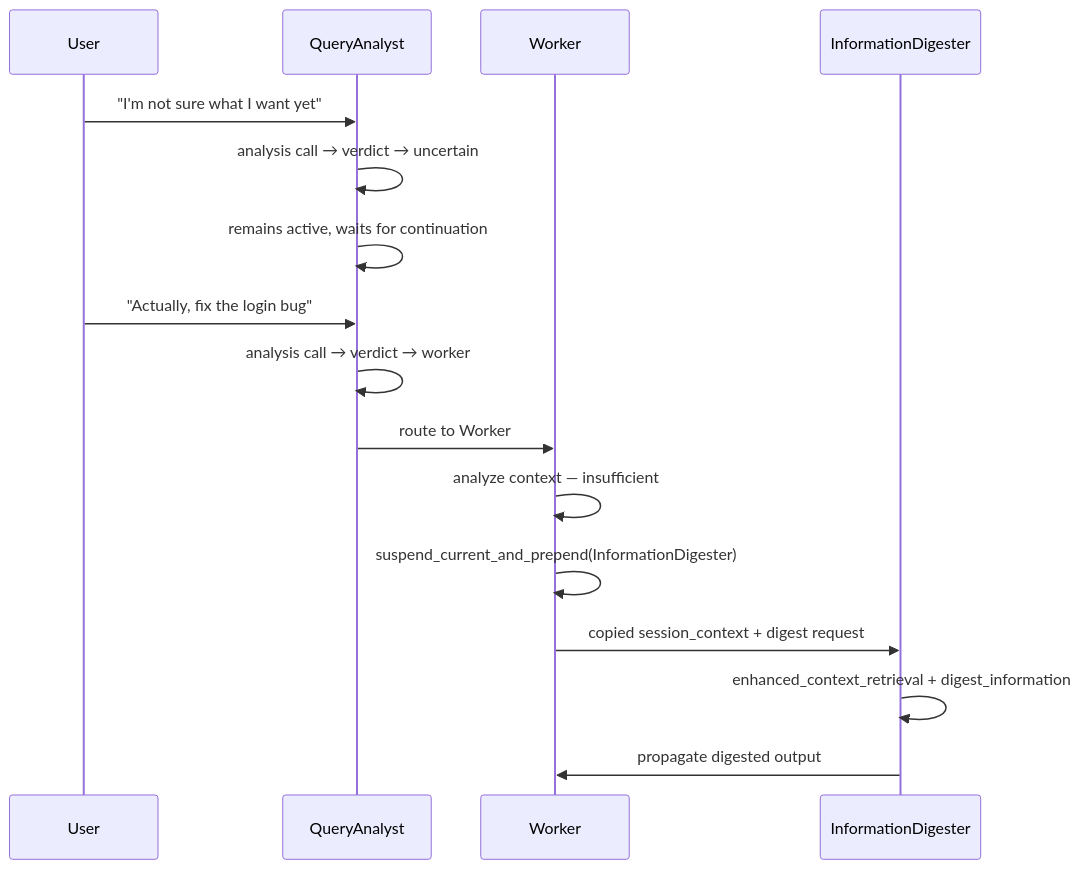
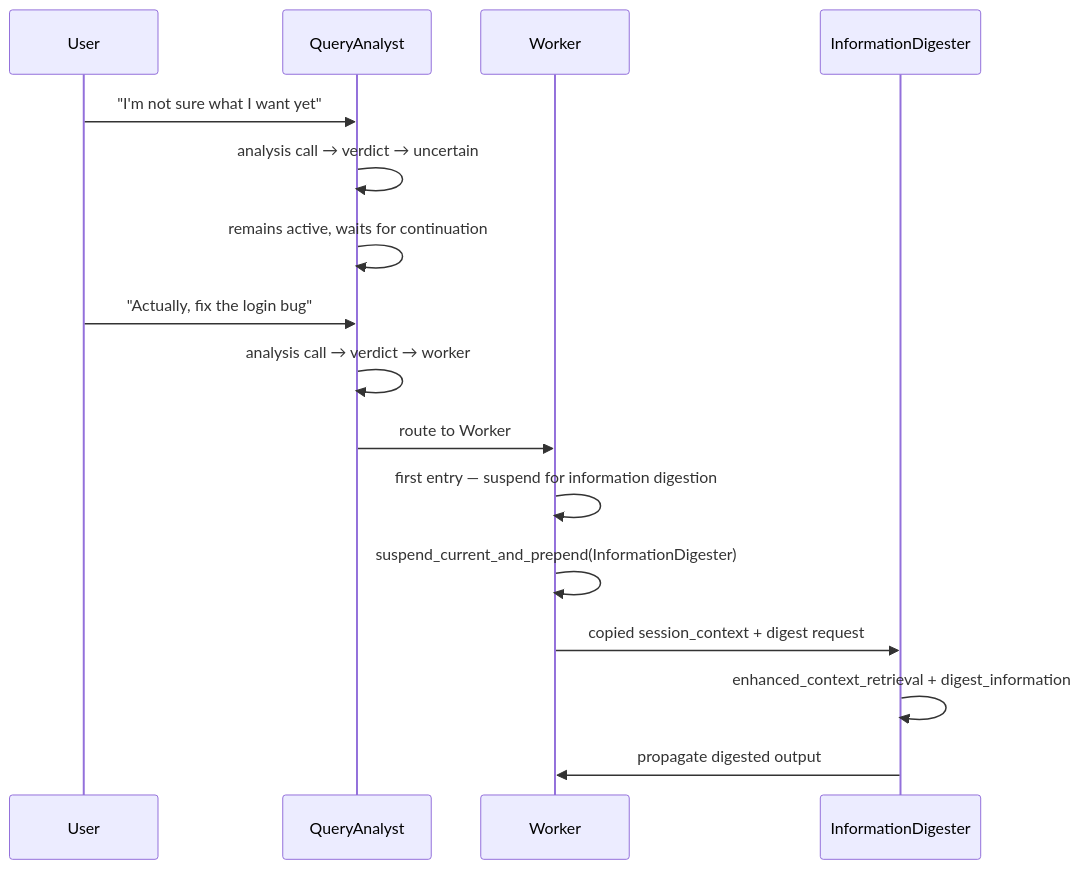
One commit to VJyzCELERY/TINYCUA changed the eighth of 17 diagrams in src/tinycua/docs/design/loops/expected_scenarios.md. Above: the diagram before and after it, drawn with Mermaid. The commit also changed other lines of this file and 3 other files, not shown here.

First line of the commit message:
fix(design): make InformationDigestion mandatory for WorkerNode on first entry

````diff
--- a/src/tinycua/docs/design/loops/expected_scenarios.md
+++ b/src/tinycua/docs/design/loops/expected_scenarios.md
@@ -242,19 +242,19 @@
 ```mermaid
 sequenceDiagram
     participant User
     participant QA as QueryAnalyst
     participant W as Worker
     participant ID as InformationDigester
 
     User->>QA: "I'm not sure what I want yet"
     QA->>QA: analysis call → verdict → uncertain
     QA->>QA: remains active, waits for continuation
     User->>QA: "Actually, fix the login bug"
     QA->>QA: analysis call → verdict → worker
     QA->>W: route to Worker
-    W->>W: analyze context — insufficient
+    W->>W: first entry — suspend for information digestion
     W->>W: suspend_current_and_prepend(InformationDigester)
     W->>ID: copied session_context + digest request
     ID->>ID: enhanced_context_retrieval + digest_information
     ID->>W: propagate digested output
 ```
````
